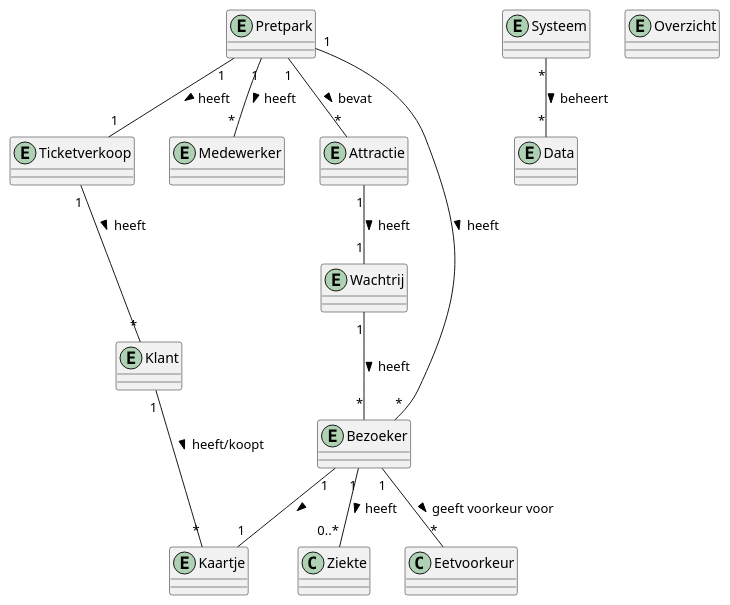
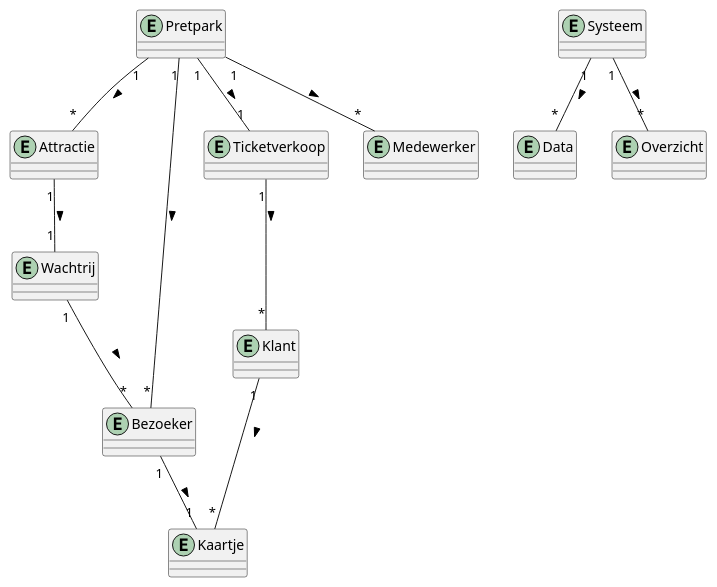
One commit to janvanhest/ap2-cmk changed the diagram in exercises/concepts.puml. Above: the diagram before and after it, drawn with PlantUML. The commit also changed 4 other files, not shown here.

Commit message:
Added usecase, diagram and puml code

```diff
--- a/exercises/concepts.puml
+++ b/exercises/concepts.puml
@@ -1,31 +1,32 @@
 @startuml
-' Entiteiten (Zelfstandige Naamwoorde entity Pretpark
+' Entiteiten (Zelfstandige Naamwoorden)
+entity Pretpark
+entity Attractie
 entity Ticketverkoop
-entity Pretpark
-entity Klant
-entity Medewerker
-entity Attractie
+entity Bezoeker
 entity Kaartje
 entity Systeem
 entity Data
 entity Overzicht
 ' entity Medewerkerspas
-entity Bezoeker
+entity Klant
 entity Wachtrij
+entity Medewerker
 ' entity Ziekte
 ' entity Eetvoorkeur
 ' Relaties
-Pretpark "1" -- "*" Bezoeker : heeft >
-Pretpark "1" -- "1" Ticketverkoop : heeft >
-Pretpark "1" -- "*" Attractie : bevat >
-Pretpark "1" -- "*" Medewerker : heeft >
+Pretpark "1" -- "*" Bezoeker : >
+Pretpark "1" -- "1" Ticketverkoop : >
+Pretpark "1" -- "*" Attractie : >
+Pretpark "1" -- "*" Medewerker : >
 ' Medewerker "1" -- "1" Medewerkerspas : >
-Ticketverkoop "1" -- "*" Klant : heeft >
-Klant "1" -- "*" Kaartje : heeft/koopt >
+' Bezoeker "1" -- "0..*" Ziekte : >
+' Bezoeker "1" -- "*" Eetvoorkeur : >
 Bezoeker "1" -- "1" Kaartje : >
-Bezoeker "1" -- "0..*" Ziekte : heeft >
-Wachtrij "1" -- "*" Bezoeker : heeft >
-Attractie "1" -- "1" Wachtrij : heeft >
-Systeem "*" -- "*" Data : beheert >
-Bezoeker "1" -- "*" Eetvoorkeur : geeft voorkeur voor >
+Ticketverkoop "1" -- "*" Klant : >
+Klant "1" -- "*" Kaartje : >
+Attractie "1" -- "1" Wachtrij : >
+Wachtrij "1" -- "*" Bezoeker : >
+Systeem "1" -- "*" Data : >
+Systeem "1" -- "*" Overzicht : >
 @enduml
```
